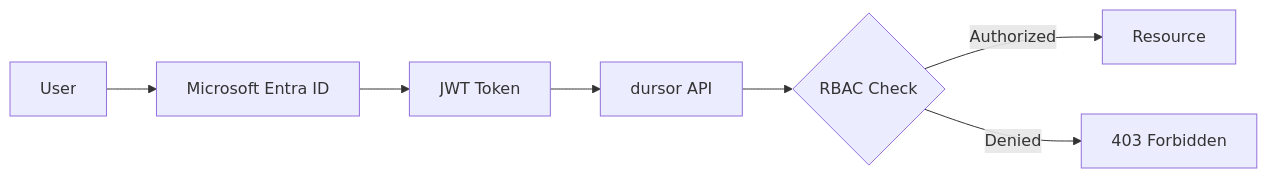
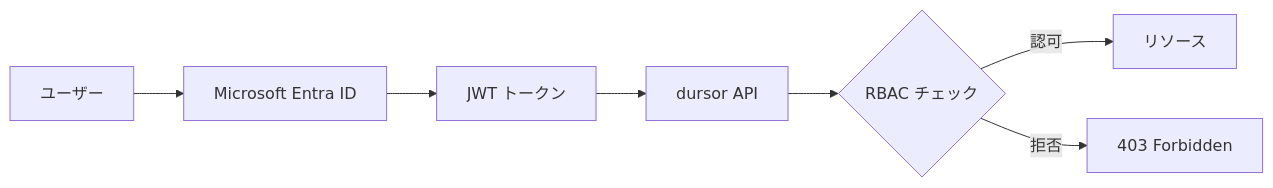
The ninth of 16 diagrams in docs/azure_host_design.md (hampen2929/zloth), drawn with Mermaid before and after one commit. The commit also changed other lines of this file, not shown here.

````diff
--- a/docs/azure_host_design.md
+++ b/docs/azure_host_design.md
@@ -356,9 +690,9 @@
 ```mermaid
 flowchart LR
-    User[User] --> EntraID[Microsoft Entra ID]
-    EntraID --> Token[JWT Token]
+    User[ユーザー] --> EntraID[Microsoft Entra ID]
+    EntraID --> Token[JWT トークン]
     Token --> API[dursor API]
-    API --> RBAC{RBAC Check}
-    RBAC -->|Authorized| Resource[Resource]
-    RBAC -->|Denied| Error[403 Forbidden]
+    API --> RBAC{RBAC チェック}
+    RBAC -->|認可| Resource[リソース]
+    RBAC -->|拒否| Error[403 Forbidden]
 ```
````
